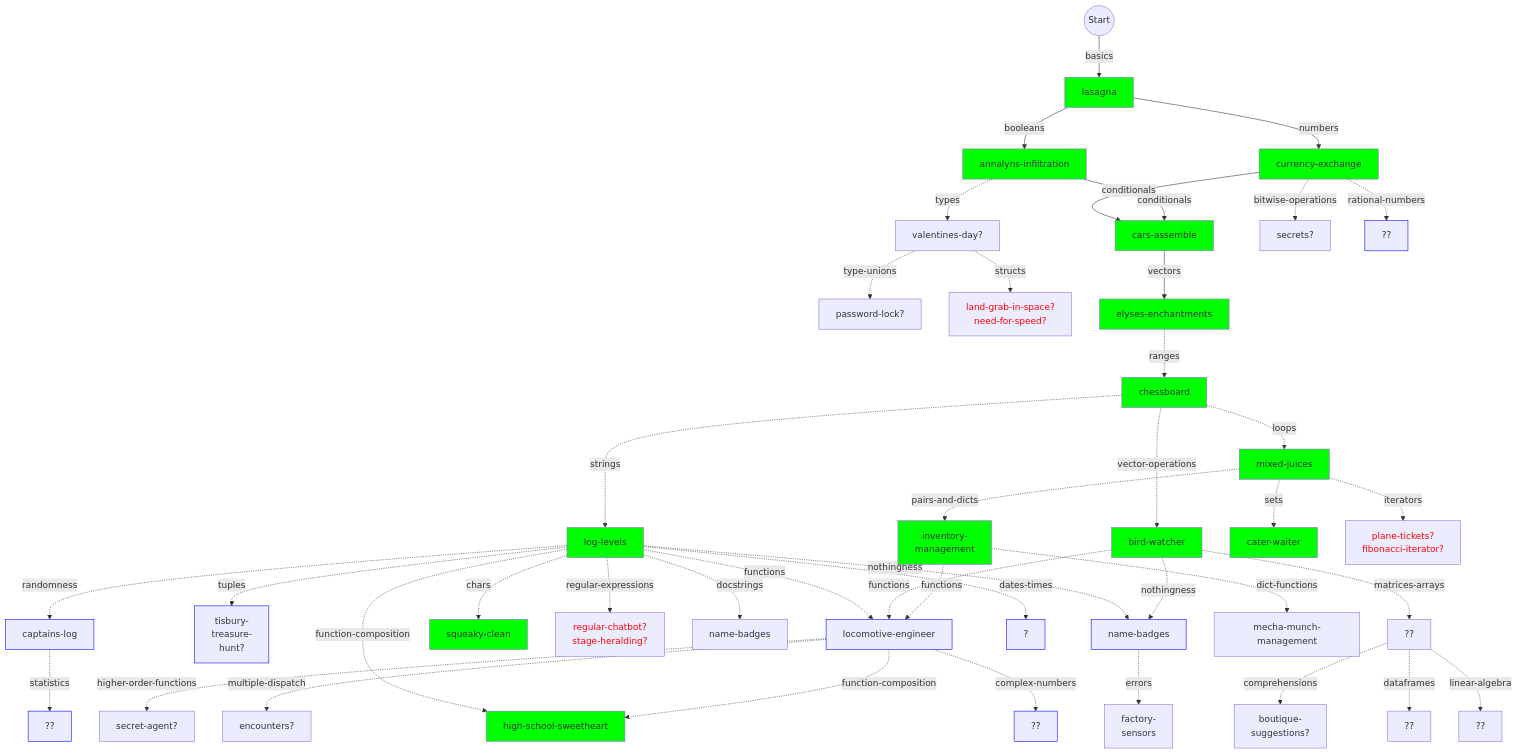
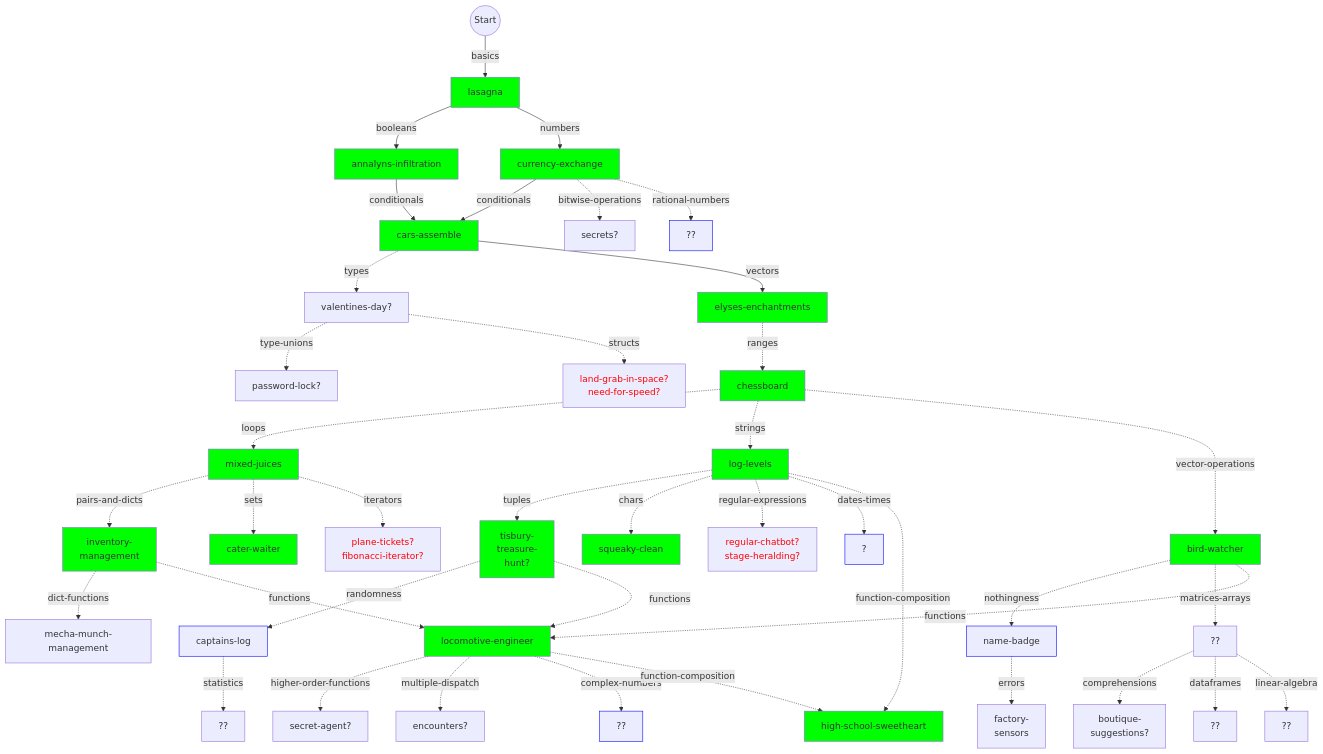
The diagram in julia/flowchart.md (colinleach/learning-track-doodles), drawn with Mermaid before and after one commit.

Commit message:
flowchart update

````diff
--- a/julia/flowchart.md
+++ b/julia/flowchart.md
@@ -20,7 +20,7 @@
 basics --numbers--> numbers["currency-exchange"]
 style numbers fill:#0f0
 
-booleans -.types.-> types["valentines-day?"]
+conditionals -.types.-> types["valentines-day?"]
 %% style types stroke:#0f0 
 
 types -.type-unions.-> type-unions["password-lock?"]
@@ -53,8 +53,14 @@
 matrices-arrays -.comprehensions.-> comprehensions["boutique-<br/>suggestions?"]
 %% style comprehensions stroke:#0f0
 
+tuples -.randomness.-> randomness["captains-log"]
+style randomness stroke:#00f
+
+randomness -.statistics.-> statistics["??"]
+%% style statistics stroke:#00f
+
 strings -.tuples.-> tuples["tisbury-<br/>treasure-<br/>hunt?"]
-style tuples stroke:#00f
+style tuples fill:#0f0
 
 loops -.pairs-and-dicts.-> pairs-and-dicts["inventory-<br/>management"]
 style pairs-and-dicts fill:#0f0
@@ -74,20 +80,14 @@
 strings -.regular-expressions.-> regular-expressions["regular-chatbot?<br/>stage-heralding?"]
 style regular-expressions color:#f00
 
-strings -.docstrings.-> docstrings["name-badges"]
+%% strings -.docstrings.-> docstrings["name-badges"]
 %% style docstrings stroke:#0f0
-
-strings -.randomness.-> randomness["captains-log"]
-style randomness stroke:#00f
 
 strings -.dates-times.-> dates-times["?"]
 style dates-times stroke:#00f
 
-strings -.nothingness.-> nothingness["name-badges"]
-style nothingness stroke:#00f
-
-randomness -.statistics.-> statistics["??"]
-style statistics stroke:#00f
+%% strings -.nothingness.-> nothingness["name-badges"]
+%% style nothingness stroke:#00f
 
 numbers -.bitwise-operations.-> bitwise-operations["secrets?"]
 %% style bitwise-operations fill:#0f0
@@ -99,17 +99,26 @@
 
 matrices-arrays -.linear-algebra.-> linear-algebra["??"]
 
-pairs-and-dicts -.functions.-> functions["locomotive-engineer"]
-style functions stroke:#00f
-
 pairs-and-dicts -.dict-functions.-> dict-functions["mecha-munch-management"]
 %% style dict-functions stroke:#00f
 
+pairs-and-dicts -.functions.-> functions["locomotive-engineer"]
+style functions fill:#0f0
+
 vector-operations -.functions.-> functions["locomotive-engineer"]
-style functions stroke:#00f
+style functions fill:#0f0
 
-strings -.functions.-> functions["locomotive-engineer"]
-style functions stroke:#00f
+tuples -.functions.-> functions["locomotive-engineer"]
+style functions fill:#0f0
+
+functions -.higher-order-functions.-> higher-order-functions["secret-agent?"]
+%% style higher-order-functions fill:#f00,color:#fff
+
+functions -.multiple-dispatch.-> multiple-dispatch["encounters?"]
+%% style multiple-dispatch fill:#f00,color:#fff
+
+functions -.complex-numbers.-> complex-numbers["??"]
+style complex-numbers stroke:#00f
 
 functions -.function-composition.-> function-composition["high-school-sweetheart"]
 style function-composition fill:#0f0
@@ -117,18 +126,9 @@
 strings -.function-composition.-> function-composition["high-school-sweetheart"]
 style function-composition fill:#0f0
 
-functions -.higher-order-functions.-> higher-order-functions["secret-agent?"]
-%% style higher-order-functions fill:#f00,color:#fff
-
-functions -.multiple-dispatch.-> multiple-dispatch["encounters?"]
-%% style multiple-dispatch fill:#f00,color:#fff
-
 nothingness -.errors.-> errors["factory-<br/>sensors "]
 
 numbers -.rational-numbers.-> rational-numbers["??"]
 style rational-numbers stroke:#00f
 
-functions -.complex-numbers.-> complex-numbers["??"]
-style complex-numbers stroke:#00f
-
 ```
````
